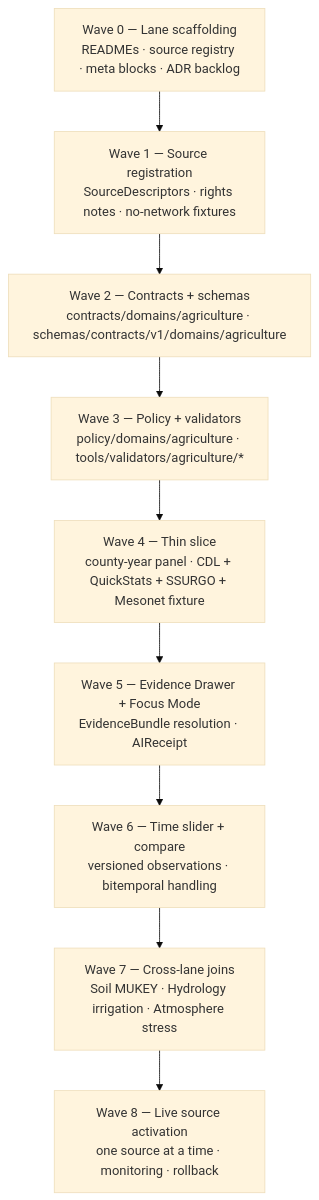
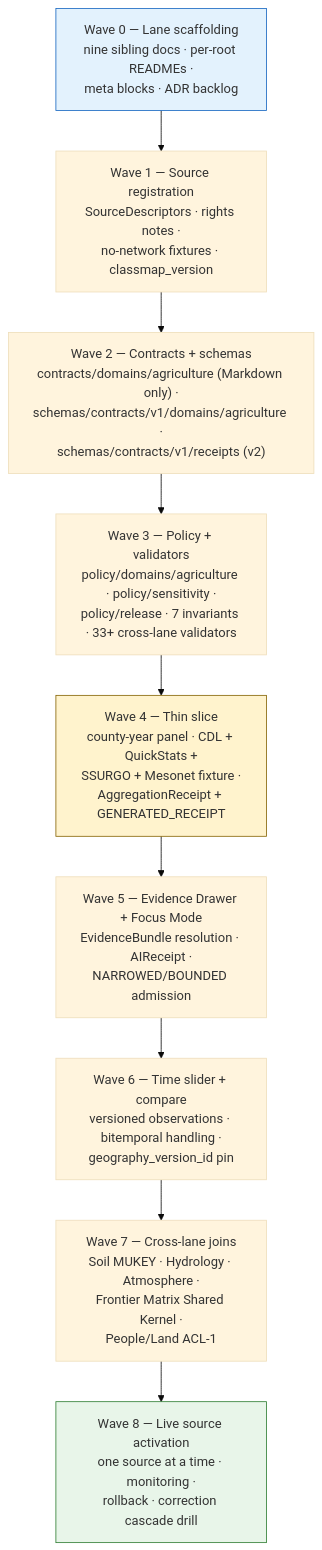
The fourth of 4 diagrams in docs/domains/agriculture/EXPANSION_PLAN.md (bartytime4life/Kansas-Frontier-Matrix), drawn with Mermaid (base theme) before and after one commit. The commit also changed other lines of this file, not shown here.

````diff
--- a/docs/domains/agriculture/EXPANSION_PLAN.md
+++ b/docs/domains/agriculture/EXPANSION_PLAN.md
@@ -400,14 +575,18 @@
 ```mermaid
 flowchart TD
-    W0["Wave 0 — Lane scaffolding<br/>READMEs · source registry · meta blocks · ADR backlog"]
-    W1["Wave 1 — Source registration<br/>SourceDescriptors · rights notes · no-network fixtures"]
-    W2["Wave 2 — Contracts + schemas<br/>contracts/domains/agriculture · schemas/contracts/v1/domains/agriculture"]
-    W3["Wave 3 — Policy + validators<br/>policy/domains/agriculture · tools/validators/agriculture/*"]
-    W4["Wave 4 — Thin slice<br/>county-year panel · CDL + QuickStats + SSURGO + Mesonet fixture"]
-    W5["Wave 5 — Evidence Drawer + Focus Mode<br/>EvidenceBundle resolution · AIReceipt"]
-    W6["Wave 6 — Time slider + compare<br/>versioned observations · bitemporal handling"]
-    W7["Wave 7 — Cross-lane joins<br/>Soil MUKEY · Hydrology irrigation · Atmosphere stress"]
-    W8["Wave 8 — Live source activation<br/>one source at a time · monitoring · rollback"]
+    W0["Wave 0 — Lane scaffolding<br/>nine sibling docs · per-root READMEs ·<br/>meta blocks · ADR backlog"]
+    W1["Wave 1 — Source registration<br/>SourceDescriptors · rights notes ·<br/>no-network fixtures · classmap_version"]
+    W2["Wave 2 — Contracts + schemas<br/>contracts/domains/agriculture (Markdown only) ·<br/>schemas/contracts/v1/domains/agriculture ·<br/>schemas/contracts/v1/receipts (v2)"]
+    W3["Wave 3 — Policy + validators<br/>policy/domains/agriculture · policy/sensitivity ·<br/>policy/release · 7 invariants · 33+ cross-lane validators"]
+    W4["Wave 4 — Thin slice<br/>county-year panel · CDL + QuickStats +<br/>SSURGO + Mesonet fixture ·<br/>AggregationReceipt + GENERATED_RECEIPT"]
+    W5["Wave 5 — Evidence Drawer + Focus Mode<br/>EvidenceBundle resolution · AIReceipt ·<br/>NARROWED/BOUNDED admission"]
+    W6["Wave 6 — Time slider + compare<br/>versioned observations · bitemporal handling ·<br/>geography_version_id pin"]
+    W7["Wave 7 — Cross-lane joins<br/>Soil MUKEY · Hydrology · Atmosphere ·<br/>Frontier Matrix Shared Kernel ·<br/>People/Land ACL-1"]
+    W8["Wave 8 — Live source activation<br/>one source at a time · monitoring ·<br/>rollback · correction cascade drill"]
 
     W0 --> W1 --> W2 --> W3 --> W4 --> W5 --> W6 --> W7 --> W8
+
+    style W0 fill:#e3f2fd,stroke:#1565c0
+    style W4 fill:#fff3cd,stroke:#856404
+    style W8 fill:#e8f5e9,stroke:#2e7d32
 ```
````
